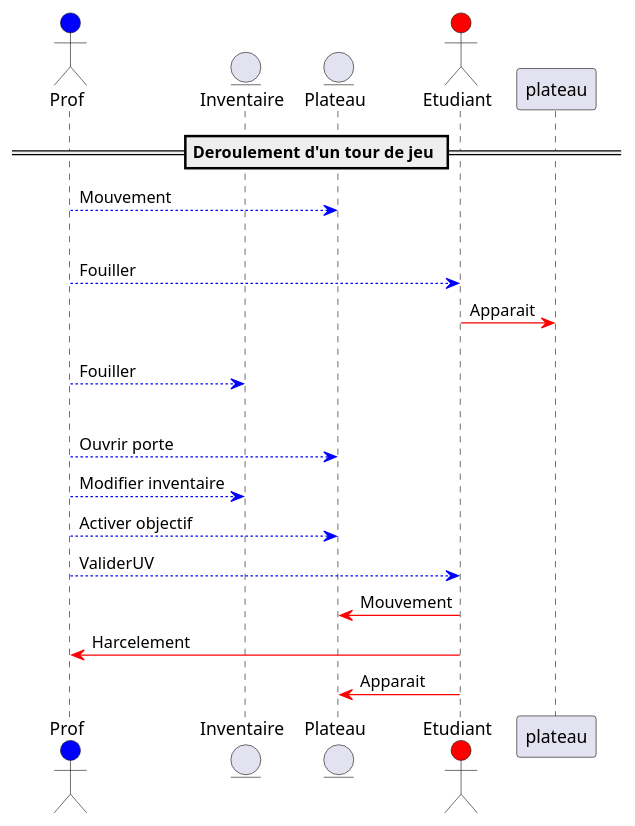
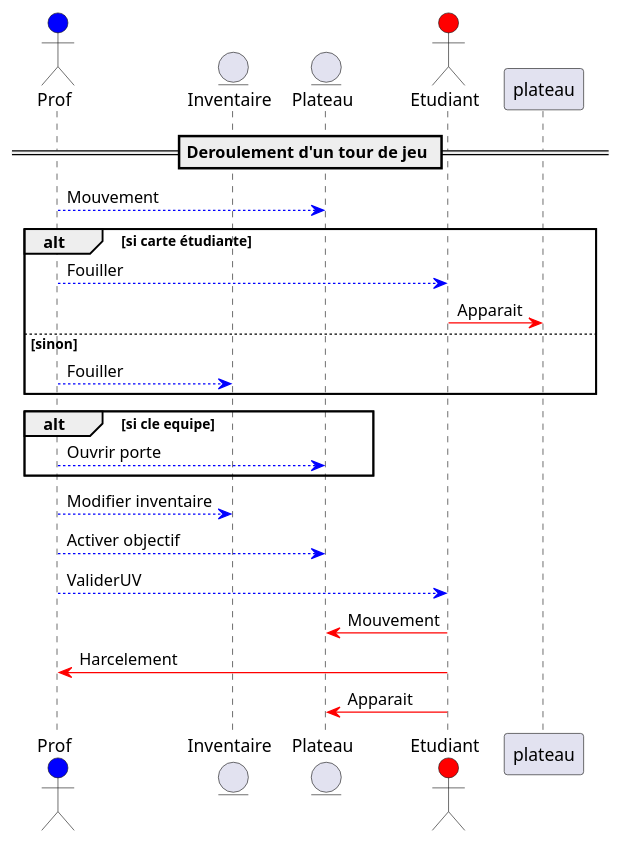
The diagram in UML/UML_Sequence.puml (Erathriel/Projet_LO43), drawn with PlantUML before and after one commit. The commit also changed 1 other file, not shown here.

Commit message:
Diagramme de Séquence - modif

```diff
--- a/UML/UML_Sequence.puml
+++ b/UML/UML_Sequence.puml
@@ -1,23 +1,25 @@
 @startuml
 actor Prof #blue
 entity Inventaire
 entity Plateau
 actor Etudiant #red
 
 == Deroulement d'un tour de jeu ==
 
 Prof --[#blue]> Plateau : Mouvement
 alt si carte étudiante
     Prof --[#blue]> Etudiant : Fouiller
     Etudiant -[#red]> plateau : Apparait
 else sinon
     Prof --[#blue]> Inventaire : Fouiller
+end
 alt si cle equipe
     Prof --[#blue]> Plateau : Ouvrir porte
+end
 Prof --[#blue]> Inventaire : Modifier inventaire
 Prof --[#blue]> Plateau : Activer objectif
 Prof --[#blue]> Etudiant : ValiderUV
 Etudiant -[#red]> Plateau : Mouvement
 Etudiant -[#red]> Prof : Harcelement
 Etudiant -[#red]> Plateau : Apparait
 @enduml
```
